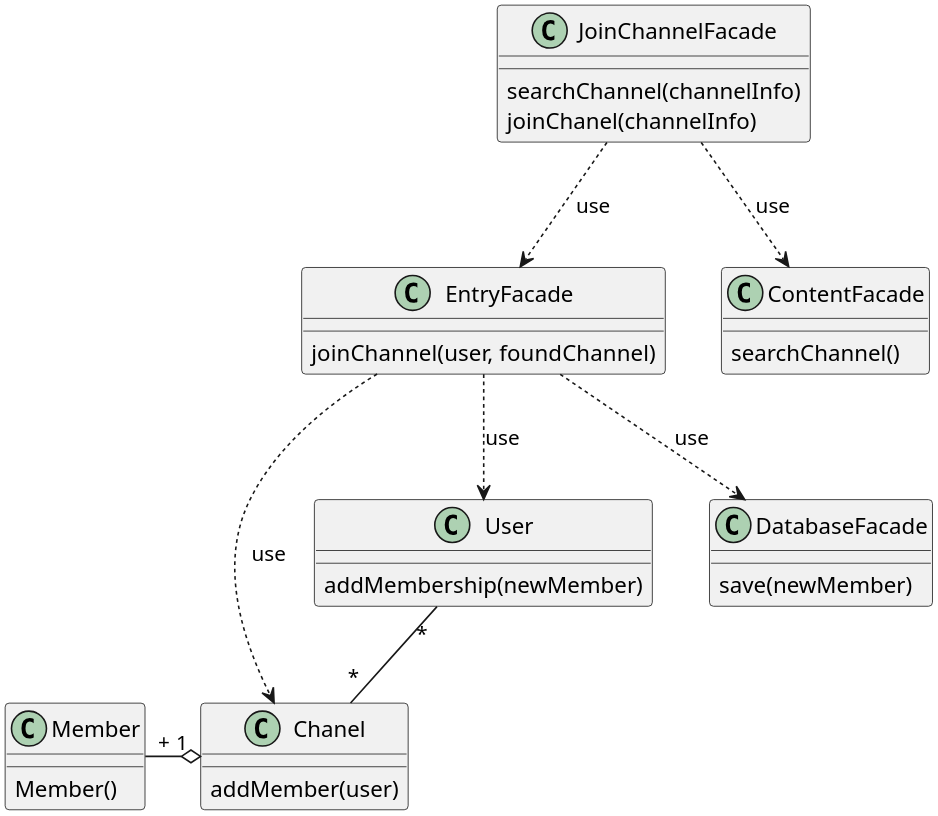
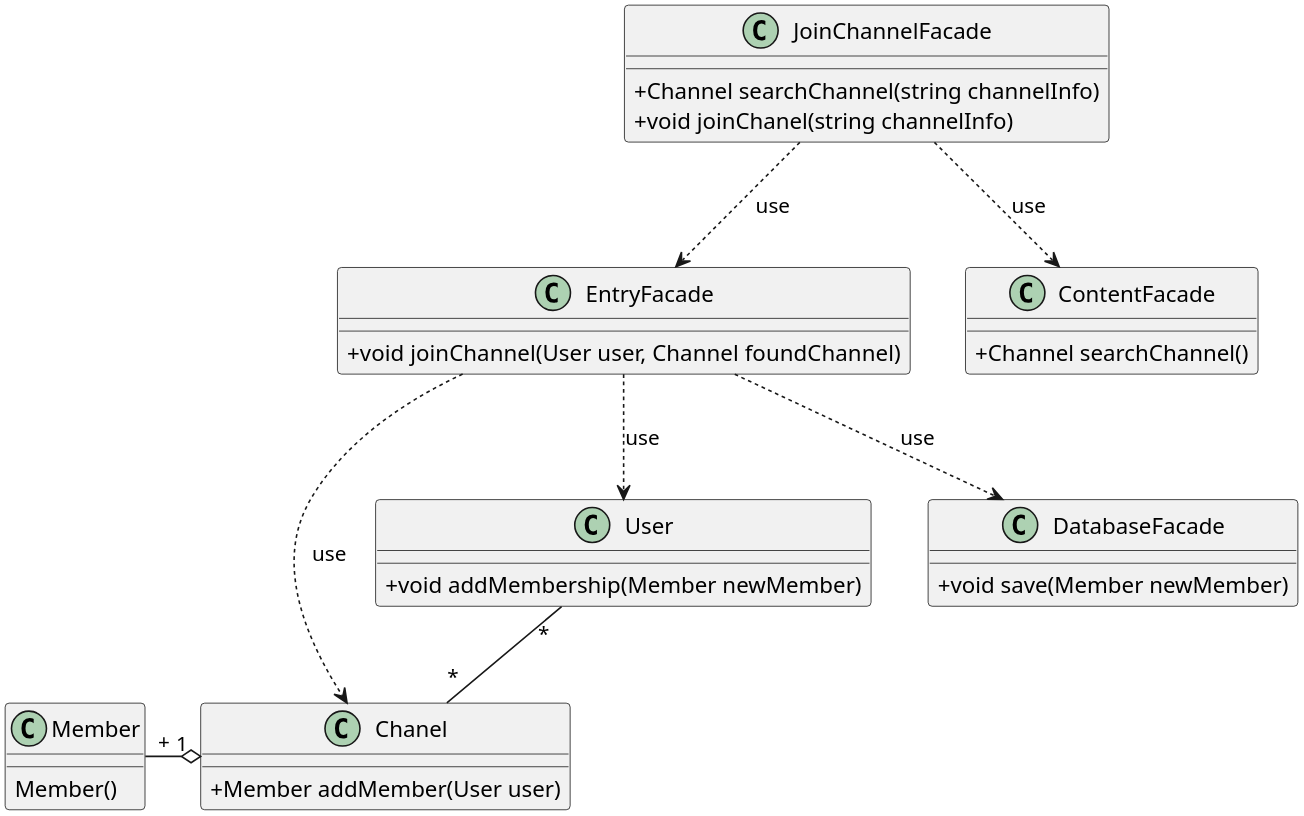
Before and after one commit to soleyman79/Qasedak: the diagram in Diagrams/Design Class/JoinChanel.puml, drawn with PlantUML.

Commit message:
JoinChannel: add type and privacy

```diff
--- a/Diagrams/Design Class/JoinChanel.puml
+++ b/Diagrams/Design Class/JoinChanel.puml
@@ -1,47 +1,48 @@
 @startuml join_chanel
 
 
 scale 3
 skinparam DefaultFontName B Nazanin
+skinparam classAttributeIconSize 0
 
 
 class "User" as user {
-    addMembership(newMember)
+    +void addMembership(Member newMember)
 }
 
 class "Chanel" as chanel {
-    addMember(user)
+    +Member addMember(User user)
 }
 
 class "Member" as member {
     Member()
 }
 
 class EntryFacade {
-    joinChannel(user, foundChannel)
+    +void joinChannel(User user, Channel foundChannel)
 }
 
 class JoinChannelFacade {
-    searchChannel(channelInfo)
-    joinChanel(channelInfo)
+    +Channel searchChannel(string channelInfo)
+    +void joinChanel(string channelInfo)
 }
 
 class ContentFacade {
-    searchChannel()
+    +Channel searchChannel()
 }
 
 class DatabaseFacade {
-    save(newMember)
+    +void save(Member newMember)
 }
 
 chanel "1" o-left- "+" member
 user "*" -- "*" chanel
 JoinChannelFacade ..> ContentFacade :use
 JoinChannelFacade ..> EntryFacade :use
 EntryFacade ..> chanel :use
 EntryFacade ..> DatabaseFacade :use
 EntryFacade ..> user :use
 
 
 
 @enduml
```
